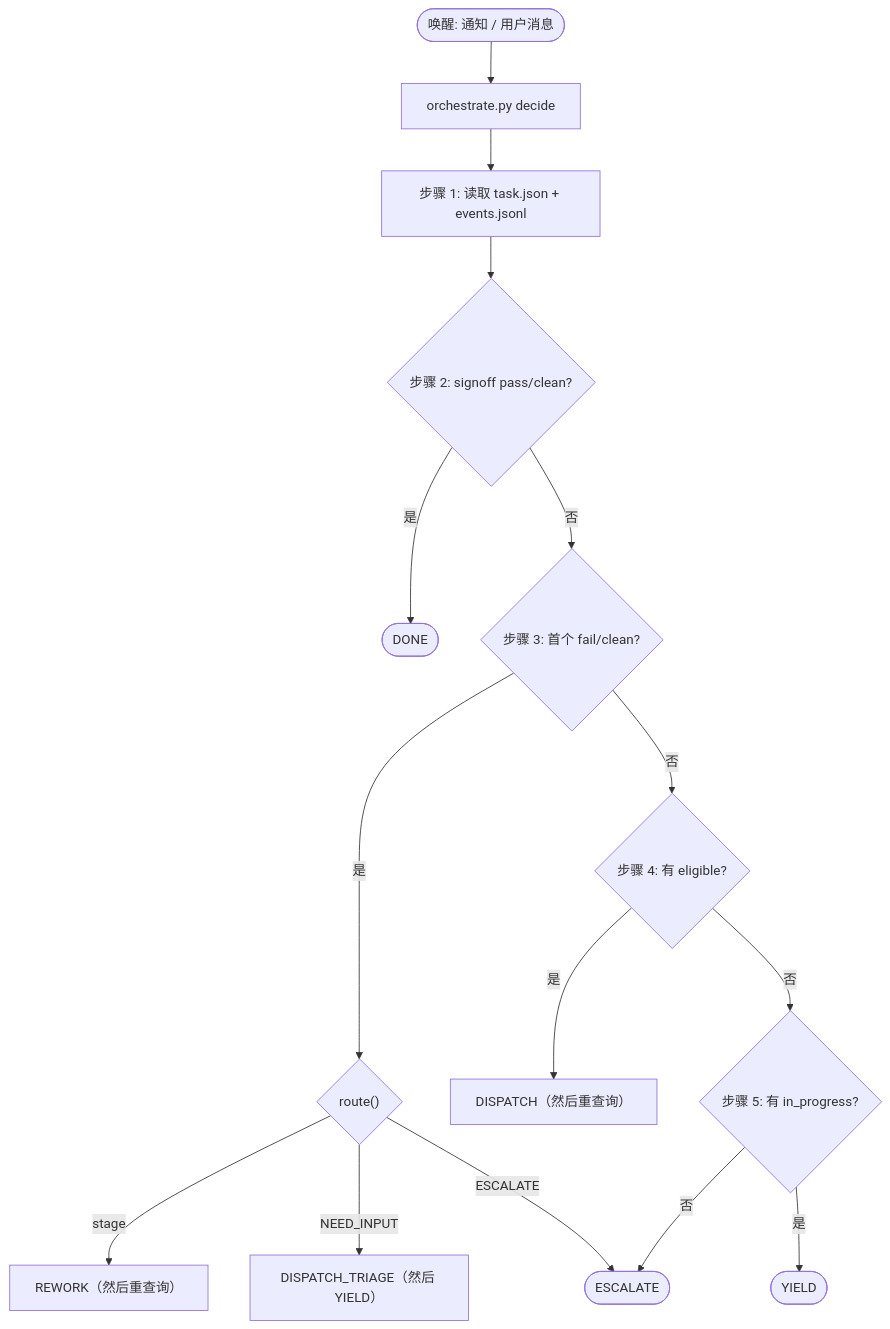
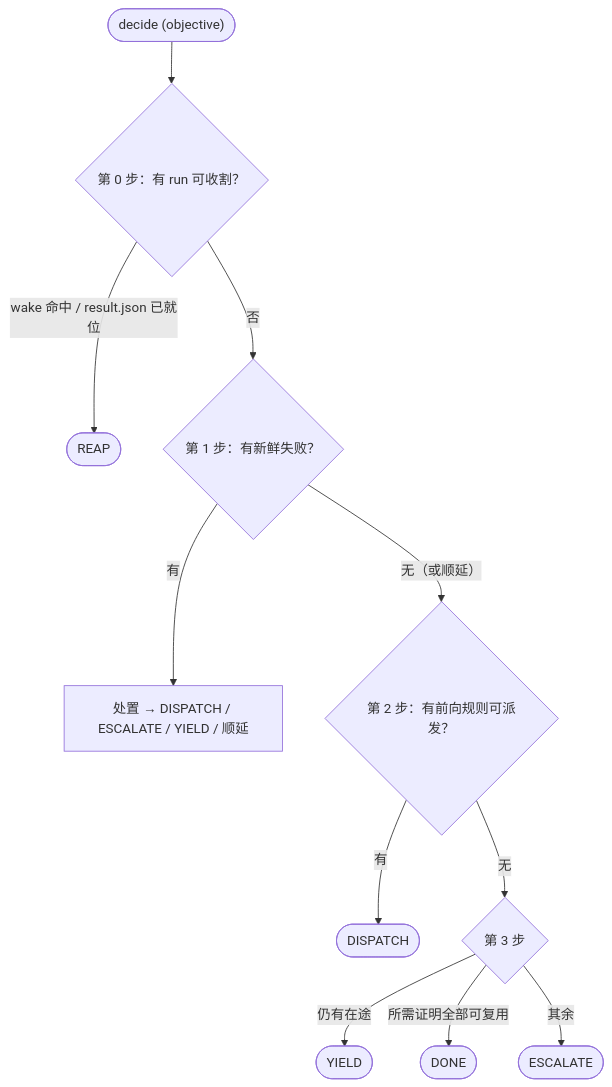
Before and after one commit to chipweaver/veripower: the diagram in ARCHITECTURE.zh.md, drawn with Mermaid. The commit also changed other lines of this file and 2 other files, not shown here.

Commit message:
docs(kernel): rewrite ARCHITECTURE for the event-sourced kernel; update CLAUDE layout

````diff
--- a/ARCHITECTURE.zh.md
+++ b/ARCHITECTURE.zh.md
@@ -349,17 +343,13 @@
 ```mermaid
 flowchart TD
-    W(["唤醒: 通知 / 用户消息"]) --> N["orchestrate.py decide"]
-    N --> S1["步骤 1: 读取 task.json + events.jsonl"]
-    S1 --> S2{"步骤 2: signoff pass/clean?"}
-    S2 -- 是 --> DONE(["DONE"])
-    S2 -- 否 --> S3{"步骤 3: 首个 fail/clean?"}
-    S3 -- 是 --> RT{"route()"}
-    RT -- stage --> RW["REWORK（然后重查询）"]
-    RT -- NEED_INPUT --> TR["DISPATCH_TRIAGE（然后 YIELD）"]
-    RT -- ESCALATE --> ESC(["ESCALATE"])
-    S3 -- 否 --> S4{"步骤 4: 有 eligible?"}
-    S4 -- 是 --> DSP["DISPATCH（然后重查询）"]
-    S4 -- 否 --> S5{"步骤 5: 有 in_progress?"}
-    S5 -- 是 --> Y(["YIELD"])
-    S5 -- 否 --> ESC
+    W(["decide (objective)"]) --> S0{"第 0 步：有 run 可收割？"}
+    S0 -- "wake 命中 / result.json 已就位" --> RP(["REAP"])
+    S0 -- 否 --> S1{"第 1 步：有新鲜失败？"}
+    S1 -- 有 --> DISP["处置 → DISPATCH / ESCALATE / YIELD / 顺延"]
+    S1 -- "无（或顺延）" --> S2{"第 2 步：有前向规则可派发？"}
+    S2 -- 有 --> DSP(["DISPATCH"])
+    S2 -- 无 --> S3{"第 3 步"}
+    S3 -- "仍有在途" --> Y(["YIELD"])
+    S3 -- "所需证明全部可复用" --> DONE(["DONE"])
+    S3 -- 其余 --> ESC(["ESCALATE"])
 ```
````
